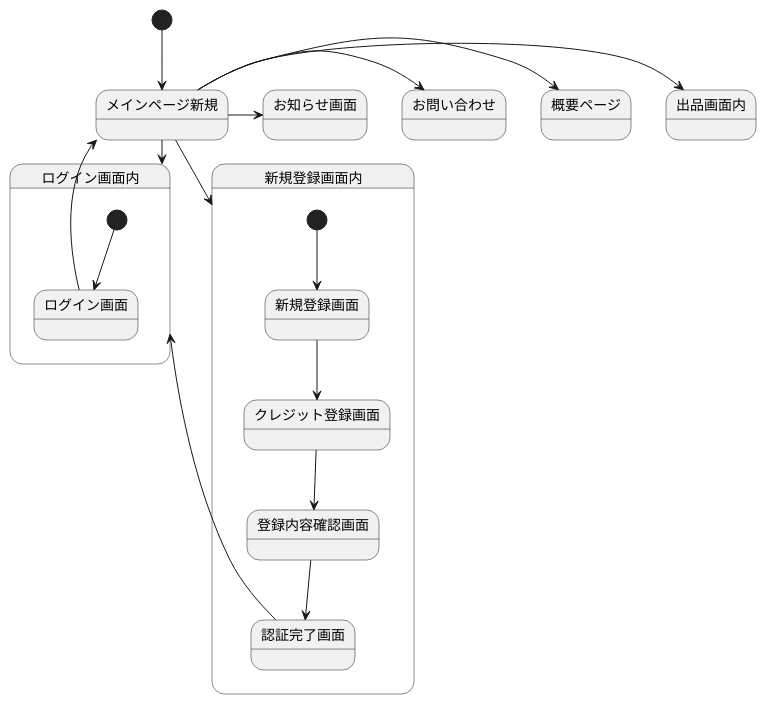
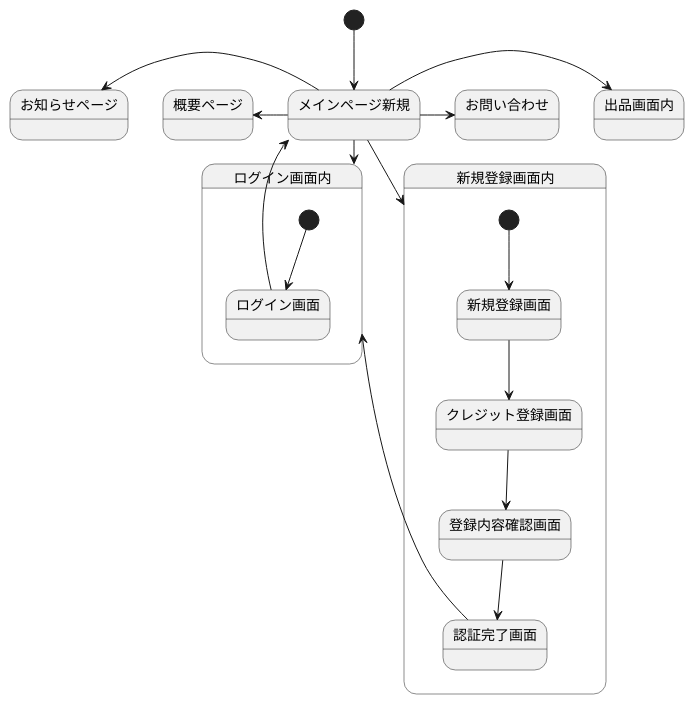
The diagram in 画面遷移図.md (Aso2001147/2021SystemDesign), drawn with PlantUML before and after one commit.

````diff
--- a/画面遷移図.md
+++ b/画面遷移図.md
@@ -1,26 +1,26 @@
 ```uml
 @startuml
 [*] --> メインページ新規
-メインページ新規 -> 概要ページ
+メインページ新規 -left-> 概要ページ
 メインページ新規 -> お問い合わせ
-メインページ新規 -> お知らせ画面
+メインページ新規 -left-> お知らせページ
 メインページ新規 --> ログイン画面内
 メインページ新規 --> 新規登録画面内
 メインページ新規 -> 出品画面内
 
 state 新規登録画面内{
 [*] --> 新規登録画面
 新規登録画面 -down-> クレジット登録画面
 クレジット登録画面 -down-> 登録内容確認画面
 登録内容確認画面 -down-> 認証完了画面
 認証完了画面 -up-> ログイン画面内
 }
 
 state ログイン画面内{
 [*] -down-> ログイン画面
 ログイン画面 -up-> メインページ新規
 }
 
 
 @enduml
 ```
````
